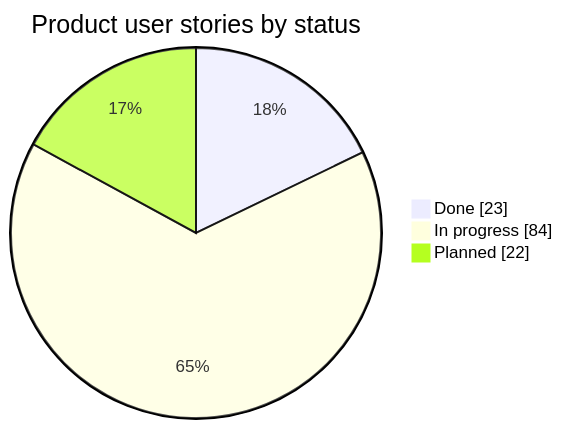
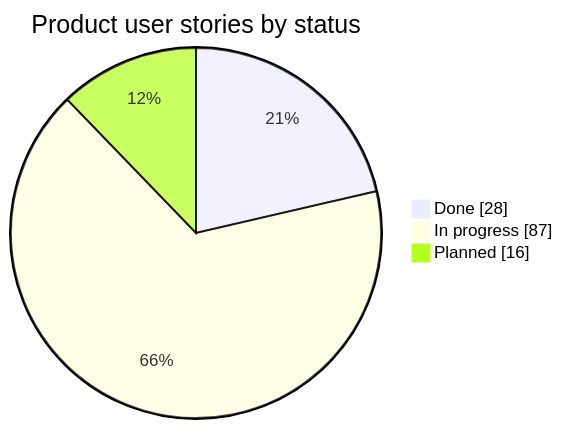
One commit to PflanzenDex/PflanzenDex changed the first of 3 diagrams in README.md. Above: the diagram before and after it, drawn with Mermaid. The commit also changed other lines of this file and 1 other file, not shown here.

````diff
--- a/README.md
+++ b/README.md
@@ -31,6 +31,6 @@
 ```mermaid
 pie showData title Product user stories by status
-  "Done" : 23
-  "In progress" : 84
-  "Planned" : 22
+  "Done" : 28
+  "In progress" : 87
+  "Planned" : 16
 ```
````
